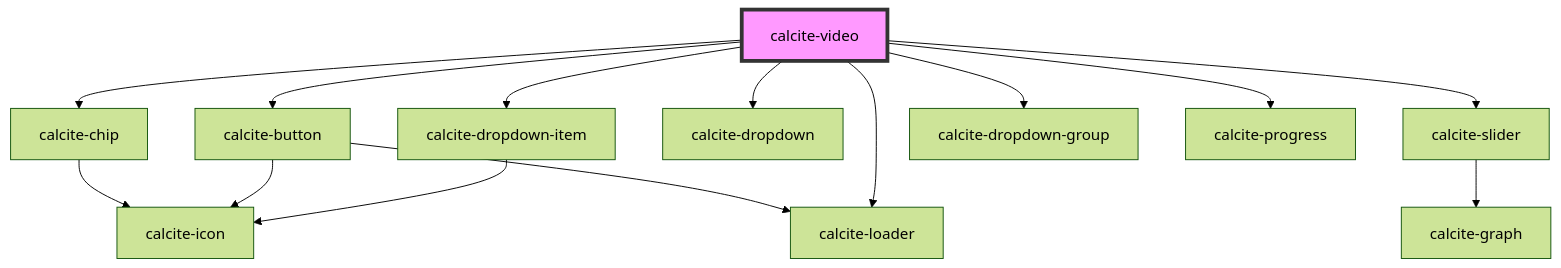
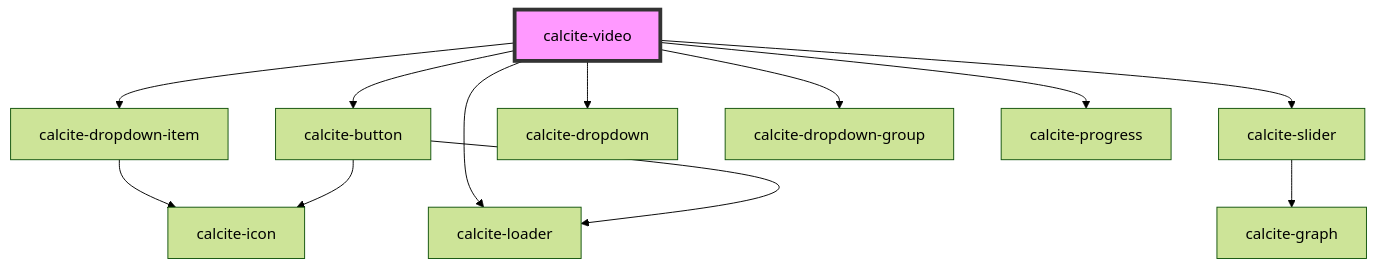
Before and after one commit to Esri/calcite-design-system: the diagram in src/components/calcite-video/readme.md, drawn with Mermaid (forest theme). The commit also changed other lines of this file and 4 other files, not shown here.

````diff
--- a/src/components/calcite-video/readme.md
+++ b/src/components/calcite-video/readme.md
@@ -56,17 +63,15 @@
 ```mermaid
 graph TD;
   calcite-video --> calcite-dropdown-item
   calcite-video --> calcite-button
   calcite-video --> calcite-slider
   calcite-video --> calcite-dropdown
-  calcite-video --> calcite-chip
   calcite-video --> calcite-dropdown-group
   calcite-video --> calcite-progress
   calcite-video --> calcite-loader
   calcite-dropdown-item --> calcite-icon
   calcite-button --> calcite-loader
   calcite-button --> calcite-icon
   calcite-slider --> calcite-graph
-  calcite-chip --> calcite-icon
   style calcite-video fill:#f9f,stroke:#333,stroke-width:4px
 ```
````
